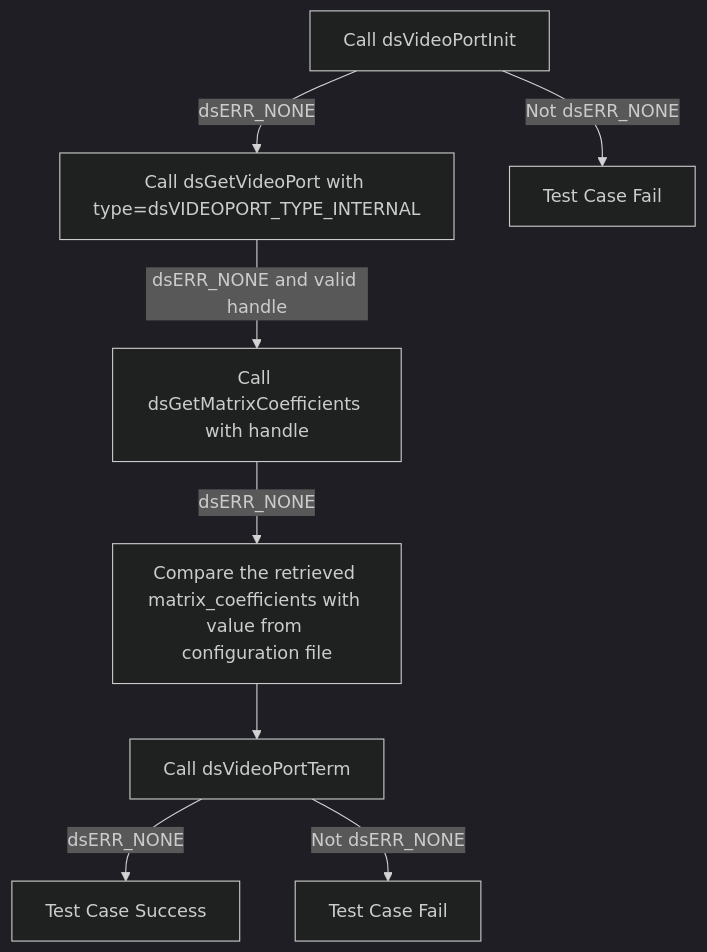
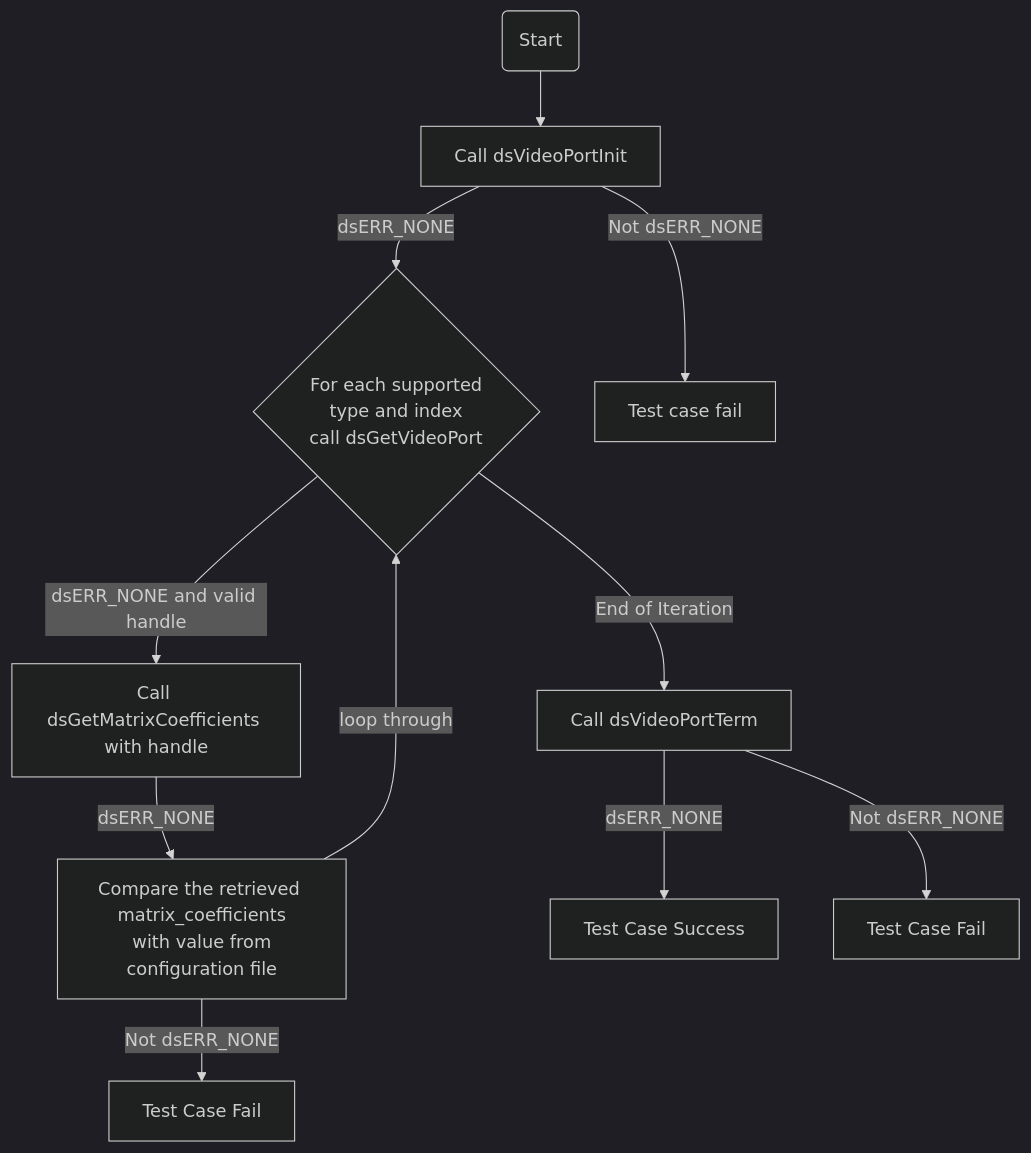
Diagram 15 of 15 in docs/pages/ds-video-port_L2_Low-Level_TestSpecification.md (rdkcentral/rdk-halif-test-device_settings), drawn with Mermaid (dark theme) before and after one commit. The commit also changed other lines of this file and 13 other files, not shown here.

Commit message:
gh #14 Update test case and configuration

````diff
--- a/docs/pages/ds-video-port_L2_Low-Level_TestSpecification.md
+++ b/docs/pages/ds-video-port_L2_Low-Level_TestSpecification.md
@@ -656,11 +669,13 @@
 ```mermaid
 graph TB
-    Step1[Call dsVideoPortInit]
-    Step1 -- dsERR_NONE --> Step2[Call dsGetVideoPort with type=dsVIDEOPORT_TYPE_INTERNAL]
-    Step1 -- Not dsERR_NONE --> Fail1[Test Case Fail]
+    Start(Start) --> Step1[Call dsVideoPortInit]
+    Step1 -- dsERR_NONE --> Step2{For each supported<br> type and index <br> call dsGetVideoPort}
+    Step1 -- Not dsERR_NONE --> TestcaseFail1[Test case fail]
     Step2 -- dsERR_NONE and valid handle --> Step3[Call dsGetMatrixCoefficients with handle]
-    Step3 -- dsERR_NONE --> Step4[Compare the retrieved matrix_coefficients with value from configuration file]
-    Step4 --> Step6[Call dsVideoPortTerm]
+    Step3 -- dsERR_NONE --> Step4[Compare the retrieved matrix_coefficients<br> with value from configuration file]
+    Step4 -->|loop through | Step2
+    Step4 -- Not dsERR_NONE --> Fail7[Test Case Fail]
+    Step2 -->|End of Iteration| Step6[Call dsVideoPortTerm]
     Step6 -- dsERR_NONE --> End[Test Case Success]
     Step6 -- Not dsERR_NONE --> Fail6[Test Case Fail]
 ```
````
